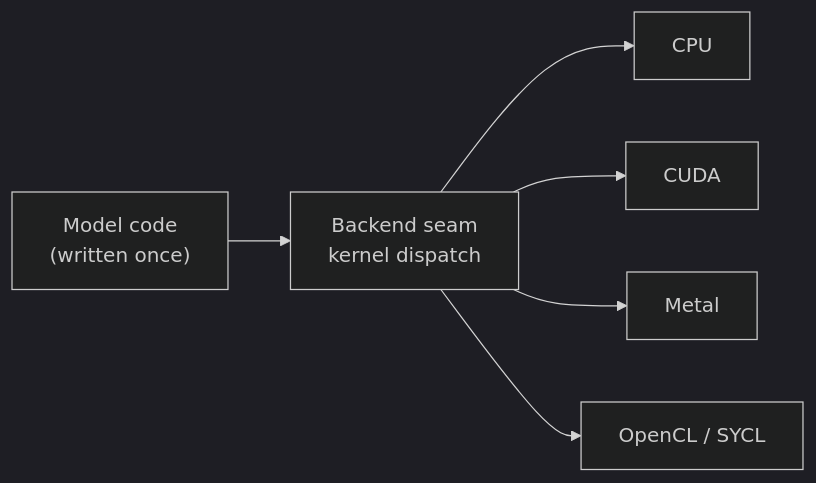
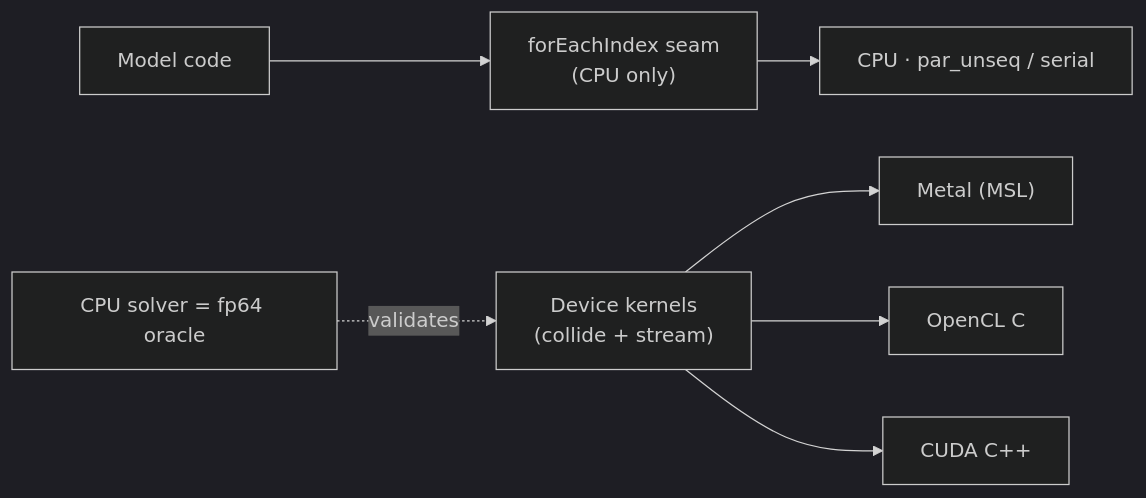
One commit to CyberdyneCorp/Cyberfluids changed the diagram in docs/backends.md. Above: the diagram before and after it, drawn with Mermaid (dark theme). The commit also changed other lines of this file and 17 other files, not shown here.

First line of the commit message:
Add OpenCL + CUDA GPU wind-tunnel solvers, Swift binding, README examples

````diff
--- a/docs/backends.md
+++ b/docs/backends.md
@@ -14,8 +22,9 @@
 ```mermaid
 flowchart LR
-    MODEL["Model code<br/>(written once)"] --> SEAM["Backend seam<br/>kernel dispatch"]
-    SEAM --> CPU["CPU"]
-    SEAM --> CUDA["CUDA"]
-    SEAM --> METAL["Metal"]
-    SEAM --> OCL["OpenCL / SYCL"]
+    MODEL["Model code"] --> SEAM["forEachIndex seam<br/>(CPU only)"]
+    SEAM --> CPU["CPU · par_unseq / serial"]
+    GPUK["Device kernels<br/>(collide + stream)"] --> METAL["Metal (MSL)"]
+    GPUK --> OCL["OpenCL C"]
+    GPUK --> CUDA["CUDA C++"]
+    ORACLE["CPU solver = fp64 oracle"] -.validates.-> GPUK
 ```
````
